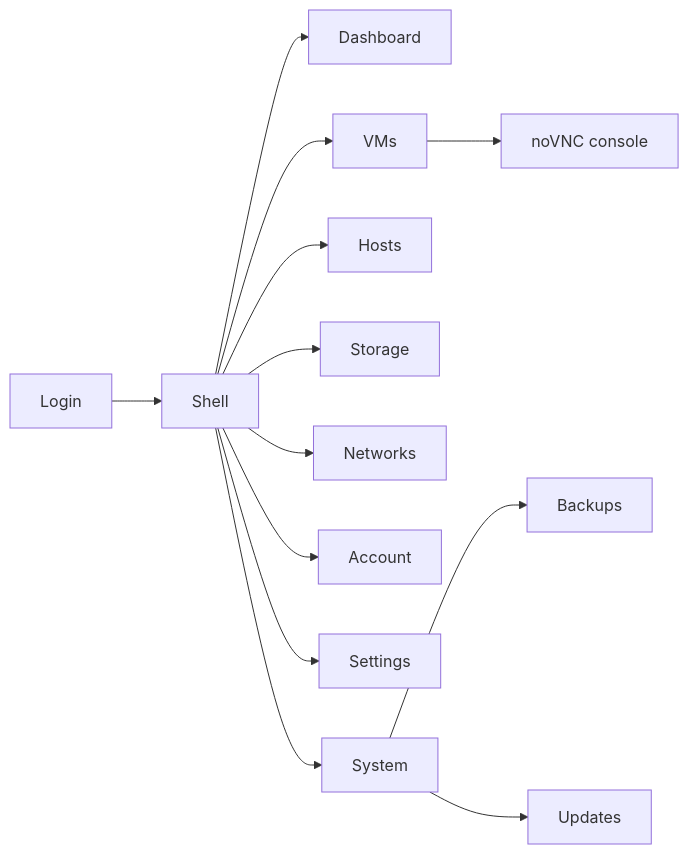
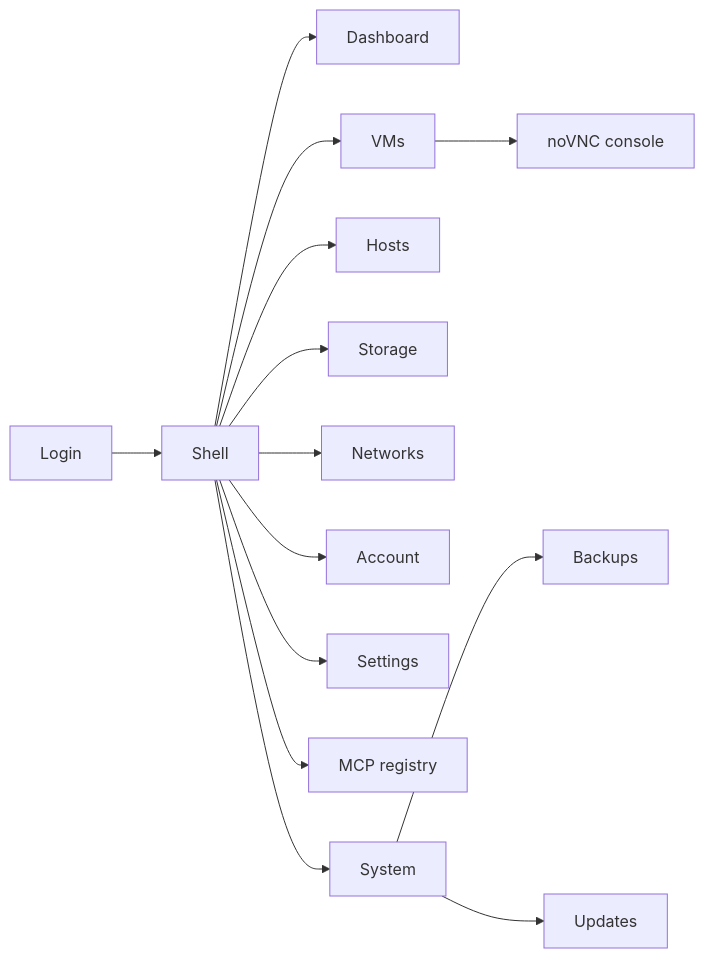
One commit to marklapointe/cloudbsd-ai-www changed the fifth of 5 diagrams in diagrams/architecture/02-product-ia.md. Above: the diagram before and after it, drawn with Mermaid. The commit also changed other lines of this file and 25 other files, not shown here.

````diff
--- a/diagrams/architecture/02-product-ia.md
+++ b/diagrams/architecture/02-product-ia.md
@@ -128,15 +128,16 @@
 ```mermaid
 flowchart LR
   Login --> Shell
   Shell --> Dashboard
   Shell --> VMs
   Shell --> Hosts
   Shell --> Storage
   Shell --> Networks
   Shell --> Account
   Shell --> Settings
+  Shell --> MCP[MCP registry]
   Shell --> System
   VMs --> Console[noVNC console]
   System --> Backups
   System --> Updates
 ```
````
